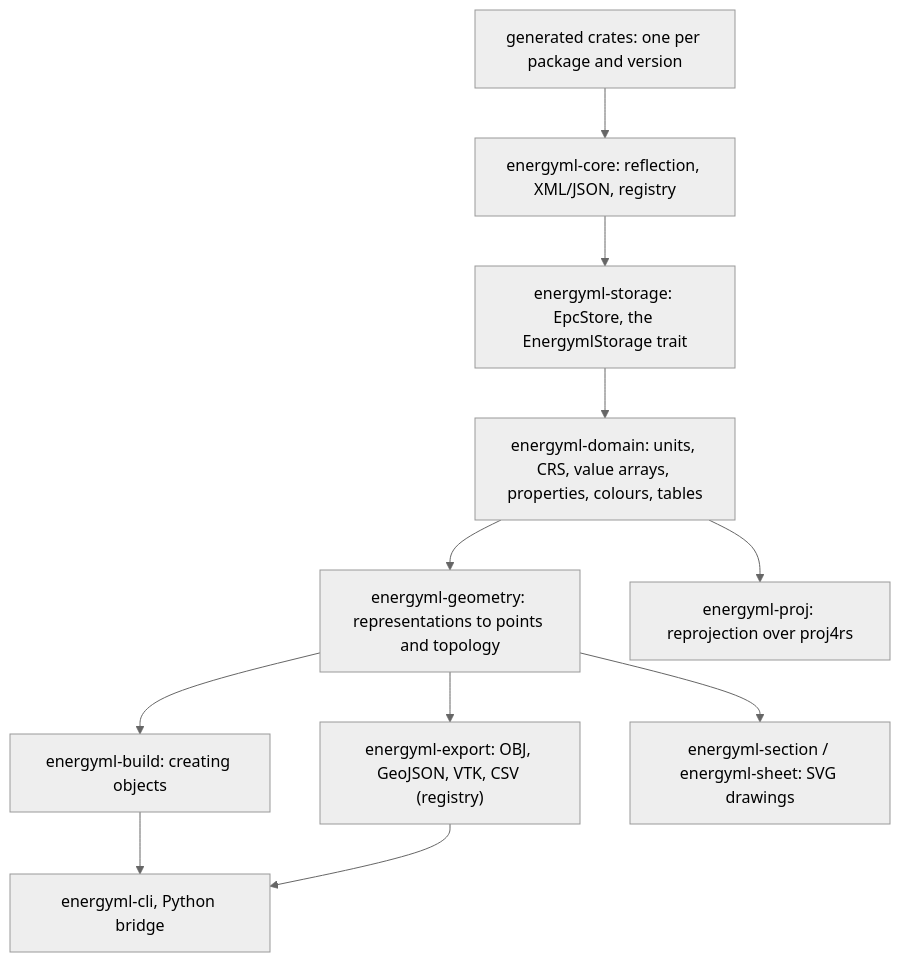
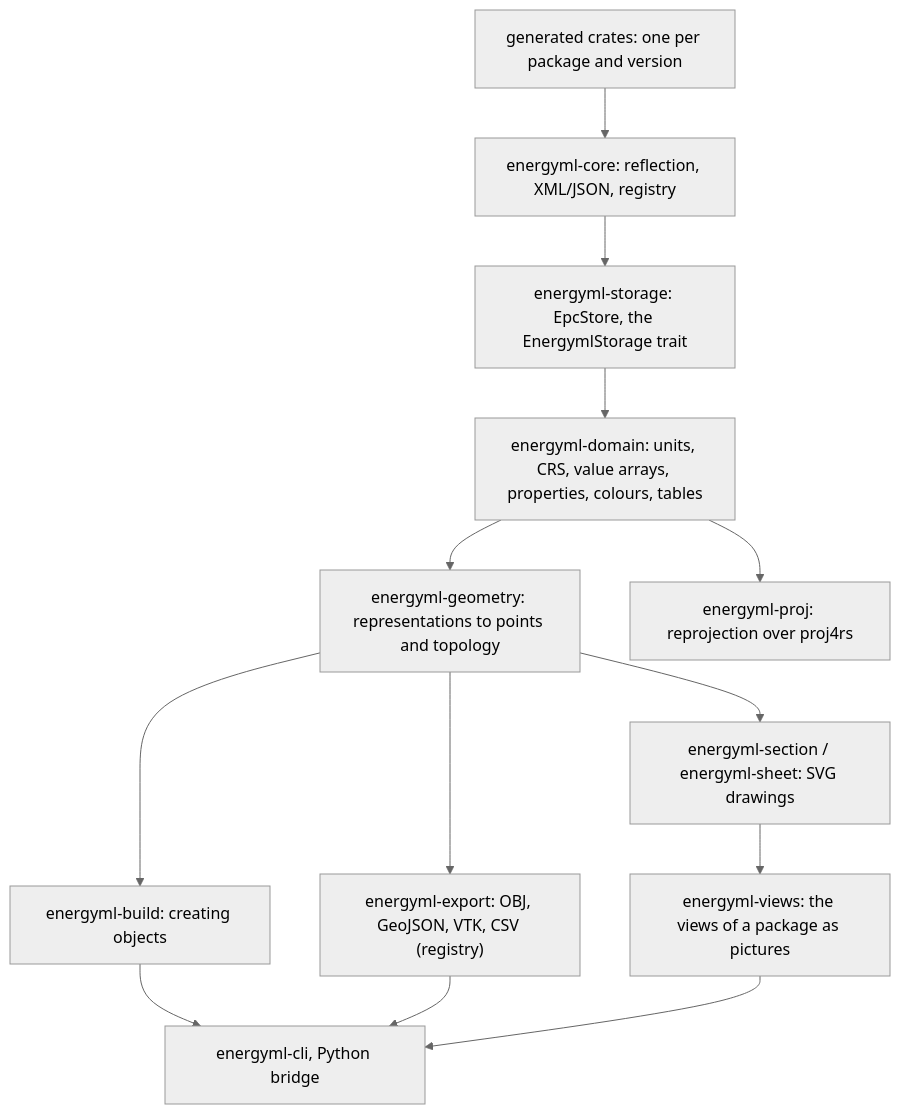
The diagram in docs/library.md (geosiris-technologies/energyml-rust), drawn with Mermaid (neutral theme) before and after one commit. The commit also changed 1 other file, not shown here.

Commit message:
docs: energyml-views in the table of crates and the layers of the library

````diff
--- a/docs/library.md
+++ b/docs/library.md
@@ -14,13 +14,15 @@
 ```mermaid
 graph TD
   gen["generated crates: one per package and version"] --> core["energyml-core: reflection, XML/JSON, registry"]
   core --> storage["energyml-storage: EpcStore, the EnergymlStorage trait"]
   storage --> domain["energyml-domain: units, CRS, value arrays, properties, colours, tables"]
   domain --> geometry["energyml-geometry: representations to points and topology"]
   geometry --> export["energyml-export: OBJ, GeoJSON, VTK, CSV (registry)"]
   domain --> proj["energyml-proj: reprojection over proj4rs"]
   geometry --> build["energyml-build: creating objects"]
   geometry --> section["energyml-section / energyml-sheet: SVG drawings"]
+  section --> views["energyml-views: the views of a package as pictures"]
   build --> cli["energyml-cli, Python bridge"]
   export --> cli
+  views --> cli
 ```
````
